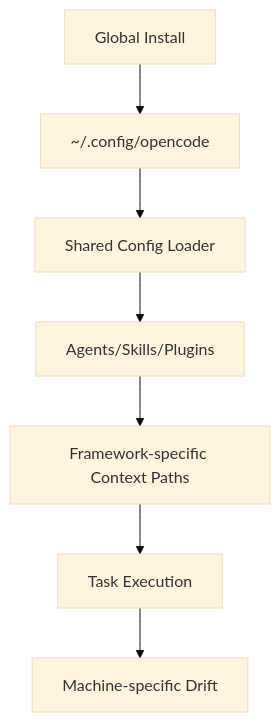
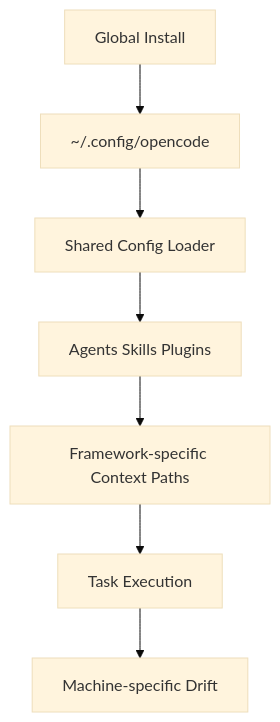
The first of 5 diagrams in docs/project/framework-agnostic-analysis-plan.md (digi4care/opencode-mastery), drawn with Mermaid (base theme) before and after one commit. The commit also changed other lines of this file and 2 other files, not shown here.

````diff
--- a/docs/project/framework-agnostic-analysis-plan.md
+++ b/docs/project/framework-agnostic-analysis-plan.md
@@ -147,9 +472,9 @@
 ```mermaid
 flowchart TD
   A[Global Install] --> B[~/.config/opencode]
   B --> C[Shared Config Loader]
-  C --> D[Agents/Skills/Plugins]
+  C --> D[Agents Skills Plugins]
   D --> E[Framework-specific Context Paths]
   E --> F[Task Execution]
   F --> G[Machine-specific Drift]
 ```
````
